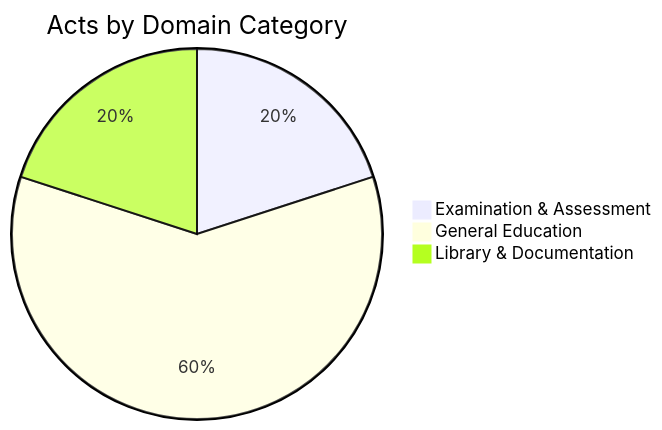
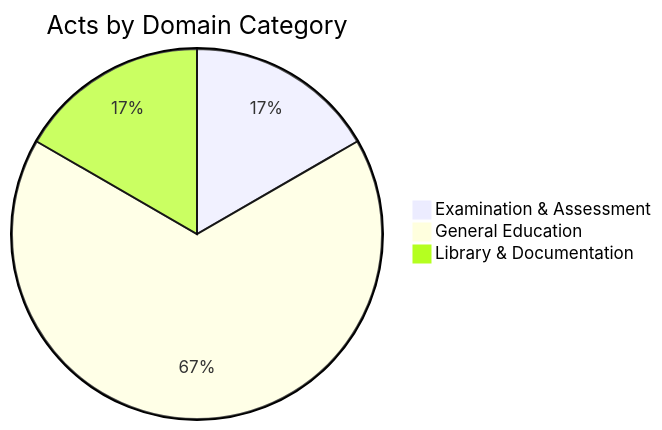
The diagram in docs/docs/ministry-deep-dive/education/education-ministry.mdx (LDFLK/research), drawn with Mermaid before and after one commit. The commit also changed other lines of this file and 10 other files, not shown here.

````diff
--- a/docs/docs/ministry-deep-dive/education/education-ministry.mdx
+++ b/docs/docs/ministry-deep-dive/education/education-ministry.mdx
@@ -19,6 +19,6 @@
 ```mermaid
 pie title Acts by Domain Category
     "Examination & Assessment" : 1
-    "General Education" : 3
+    "General Education" : 4
     "Library & Documentation" : 1
 ```
````
